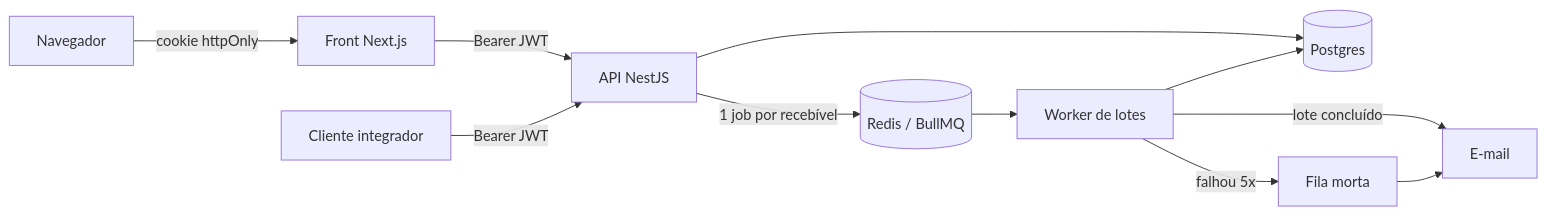
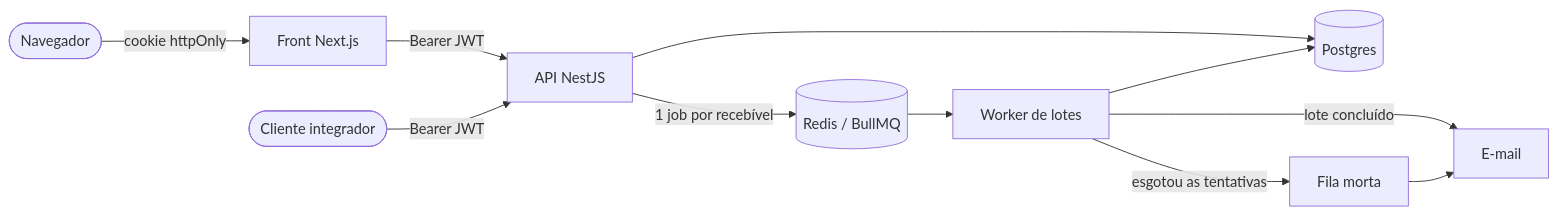
The first of 3 diagrams in README.md (alluke96/aprova-me), drawn with Mermaid before and after one commit. The commit also changed other lines of this file and 11 other files, not shown here.

First line of the commit message:
docs: README novo com banner, capturas de tela, diagramas e métricas reais

````diff
--- a/README.md
+++ b/README.md
@@ -17,13 +81,13 @@
 ```mermaid
 flowchart LR
-  browser[Navegador] -->|cookie httpOnly| web[Front Next.js]
+  browser([Navegador]) -->|cookie httpOnly| web[Front Next.js]
   web -->|Bearer JWT| api[API NestJS]
-  client[Cliente integrador] -->|Bearer JWT| api
+  client([Cliente integrador]) -->|Bearer JWT| api
   api --> pg[(Postgres)]
   api -->|1 job por recebível| redis[(Redis / BullMQ)]
   redis --> worker[Worker de lotes]
   worker --> pg
-  worker -->|falhou 5x| dlq[Fila morta]
+  worker -->|esgotou as tentativas| dlq[Fila morta]
   worker -->|lote concluído| mail[E-mail]
   dlq --> mail
 ```
````
